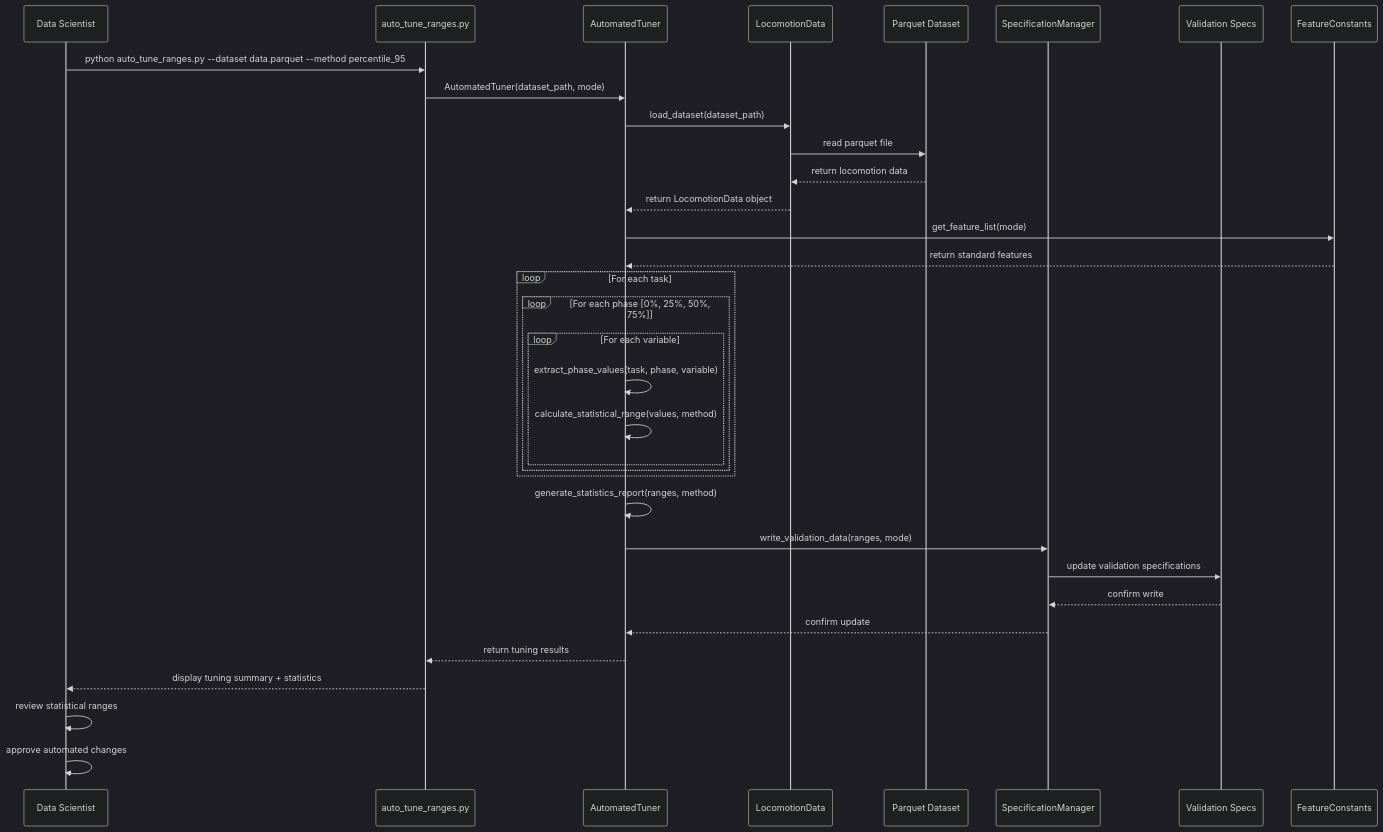
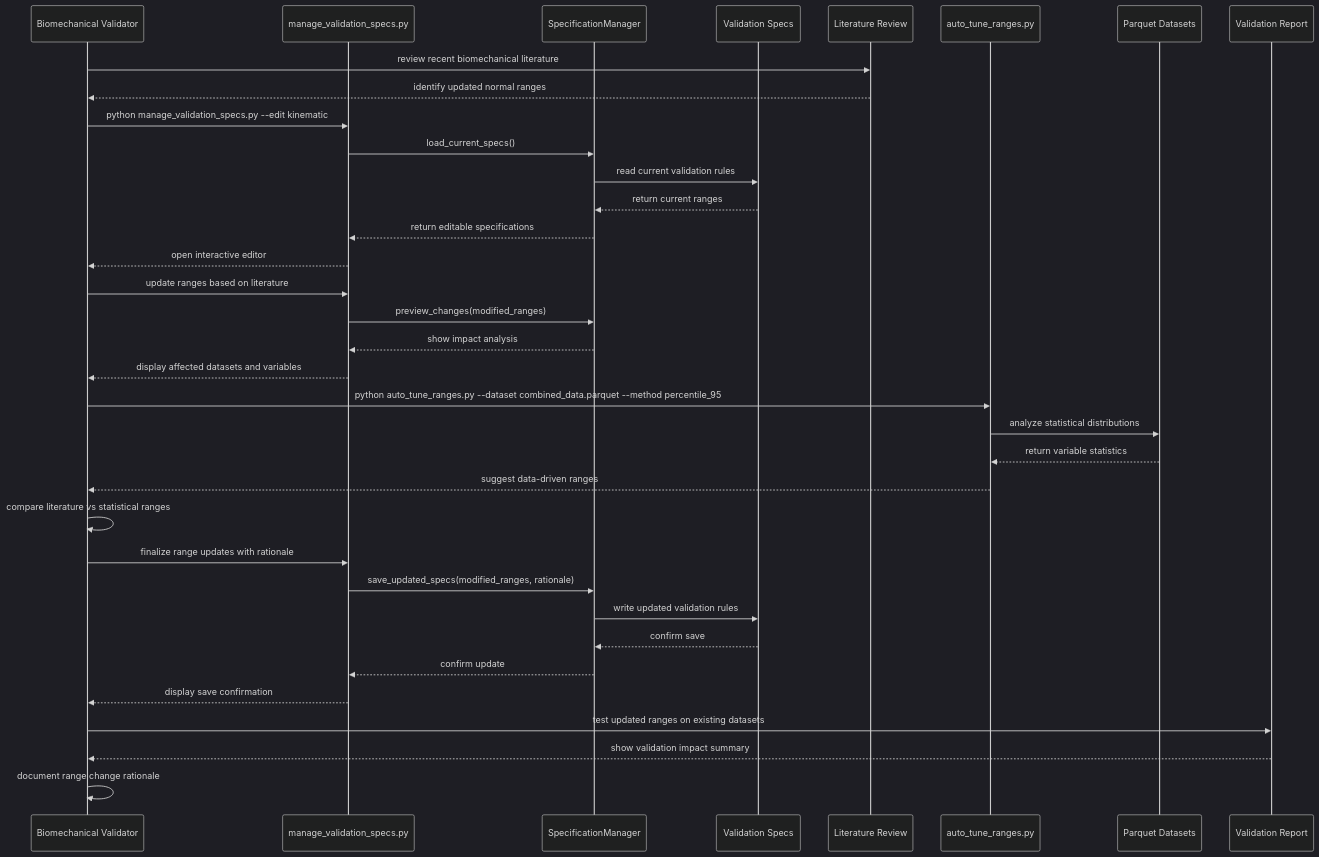
One commit to jmontp/LocoHub changed the second of 4 diagrams in docs/software_engineering/06_sequence_workflows.md. Above: the diagram before and after it, drawn with Mermaid. The commit also changed other lines of this file and 4 other files, not shown here.

````diff
--- a/docs/software_engineering/06_sequence_workflows.md
+++ b/docs/software_engineering/06_sequence_workflows.md
@@ -383,44 +74,44 @@
 ```mermaid
 %%{init: {'theme': 'dark'}}%%
 sequenceDiagram
-    participant DS as Data Scientist
-    participant AT as auto_tune_ranges.py
-    participant ATL as AutomatedTuner
-    participant LD as LocomotionData
-    participant PD as Parquet Dataset
+    participant BV as Biomechanical Validator
+    participant MS as manage_validation_specs.py
     participant SM as SpecificationManager
     participant VS as Validation Specs
-    participant FC as FeatureConstants
+    participant LT as Literature Review
+    participant AT as auto_tune_ranges.py
+    participant PD as Parquet Datasets
+    participant VR as Validation Report
 
-    DS->>AT: python auto_tune_ranges.py --dataset data.parquet --method percentile_95
-    AT->>ATL: AutomatedTuner(dataset_path, mode)
+    BV->>LT: review recent biomechanical literature
+    LT-->>BV: identify updated normal ranges
     
-    ATL->>LD: load_dataset(dataset_path)
-    LD->>PD: read parquet file
-    PD-->>LD: return locomotion data
-    LD-->>ATL: return LocomotionData object
+    BV->>MS: python manage_validation_specs.py --edit kinematic
+    MS->>SM: load_current_specs()
+    SM->>VS: read current validation rules
+    VS-->>SM: return current ranges
+    SM-->>MS: return editable specifications
+    MS-->>BV: open interactive editor
     
-    ATL->>FC: get_feature_list(mode)
-    FC-->>ATL: return standard features
+    BV->>MS: update ranges based on literature
+    MS->>SM: preview_changes(modified_ranges)
+    SM-->>MS: show impact analysis
+    MS-->>BV: display affected datasets and variables
     
-    loop For each task
-        loop For each phase [0%, 25%, 50%, 75%]
-            loop For each variable
-                ATL->>ATL: extract_phase_values(task, phase, variable)
-                ATL->>ATL: calculate_statistical_range(values, method)
-            end
-        end
-    end
+    BV->>AT: python auto_tune_ranges.py --dataset combined_data.parquet --method percentile_95
+    AT->>PD: analyze statistical distributions
+    PD-->>AT: return variable statistics
+    AT-->>BV: suggest data-driven ranges
     
-    ATL->>ATL: generate_statistics_report(ranges, method)
-    ATL->>SM: write_validation_data(ranges, mode)
-    SM->>VS: update validation specifications
-    VS-->>SM: confirm write
-    SM-->>ATL: confirm update
+    BV->>BV: compare literature vs statistical ranges
+    BV->>MS: finalize range updates with rationale
+    MS->>SM: save_updated_specs(modified_ranges, rationale)
+    SM->>VS: write updated validation rules
+    VS-->>SM: confirm save
+    SM-->>MS: confirm update
+    MS-->>BV: display save confirmation
     
-    ATL-->>AT: return tuning results
-    AT-->>DS: display tuning summary + statistics
-    
-    DS->>DS: review statistical ranges
-    DS->>DS: approve automated changes
+    BV->>VR: test updated ranges on existing datasets
+    VR-->>BV: show validation impact summary
+    BV->>BV: document range change rationale
 ```
````
